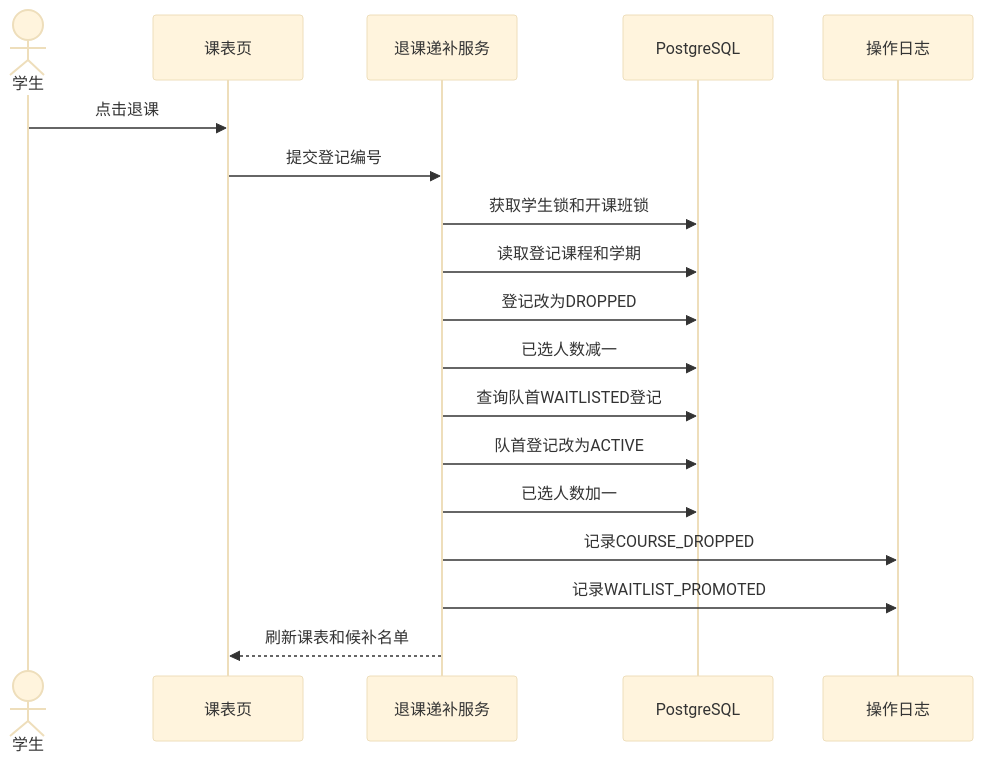
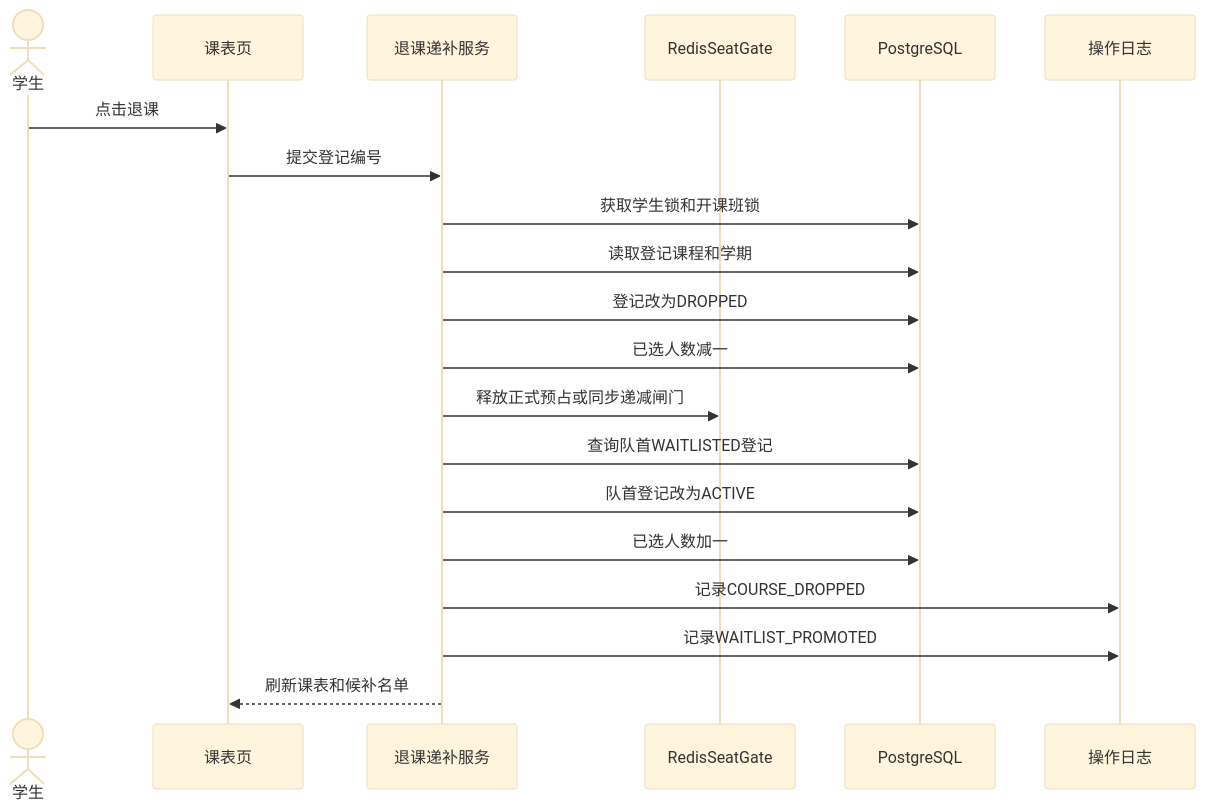
One commit to schenfune/homework2606 changed the third of 4 diagrams in course-reports/sequence-diagrams.md. Above: the diagram before and after it, drawn with Mermaid (base theme). The commit also changed other lines of this file and 20 other files, not shown here.

````diff
--- a/course-reports/sequence-diagrams.md
+++ b/course-reports/sequence-diagrams.md
@@ -66,21 +85,23 @@
 ```mermaid
 sequenceDiagram
     actor Student as 学生
     participant Page as 课表页
     participant Service as 退课递补服务
+    participant Gate as RedisSeatGate
     participant DB as PostgreSQL
     participant Log as 操作日志
 
     Student->>Page: 点击退课
     Page->>Service: 提交登记编号
     Service->>DB: 获取学生锁和开课班锁
     Service->>DB: 读取登记课程和学期
     Service->>DB: 登记改为DROPPED
     Service->>DB: 已选人数减一
+    Service->>Gate: 释放正式预占或同步递减闸门
     Service->>DB: 查询队首WAITLISTED登记
     Service->>DB: 队首登记改为ACTIVE
     Service->>DB: 已选人数加一
     Service->>Log: 记录COURSE_DROPPED
     Service->>Log: 记录WAITLIST_PROMOTED
     Service-->>Page: 刷新课表和候补名单
 ```
````
